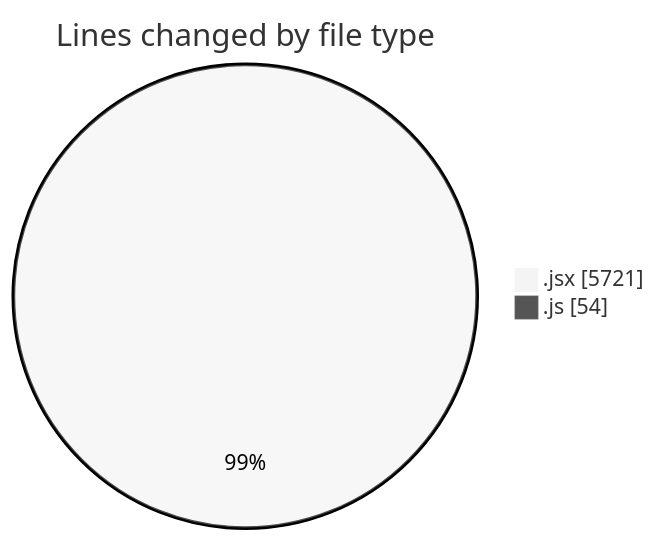
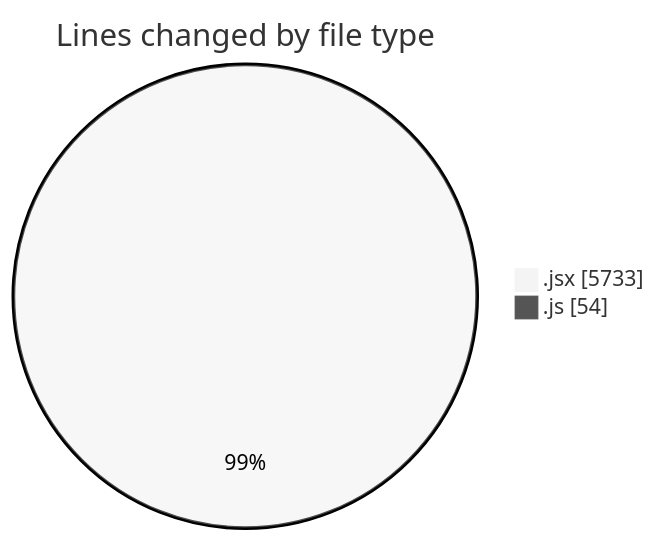
One commit to nxtqubesakshisongat/code-tracking changed the first of 2 diagrams in 2025-06-25/nxtqube_webapp/README.md. Above: the diagram before and after it, drawn with Mermaid (neutral theme). The commit also changed other lines of this file and 1 other file, not shown here.

````diff
--- a/2025-06-25/nxtqube_webapp/README.md
+++ b/2025-06-25/nxtqube_webapp/README.md
@@ -24,6 +24,6 @@
 ```mermaid
 pie showData
 title Lines changed by file type
-".jsx" : 5721
+".jsx" : 5733
 ".js" : 54
 ```
````
